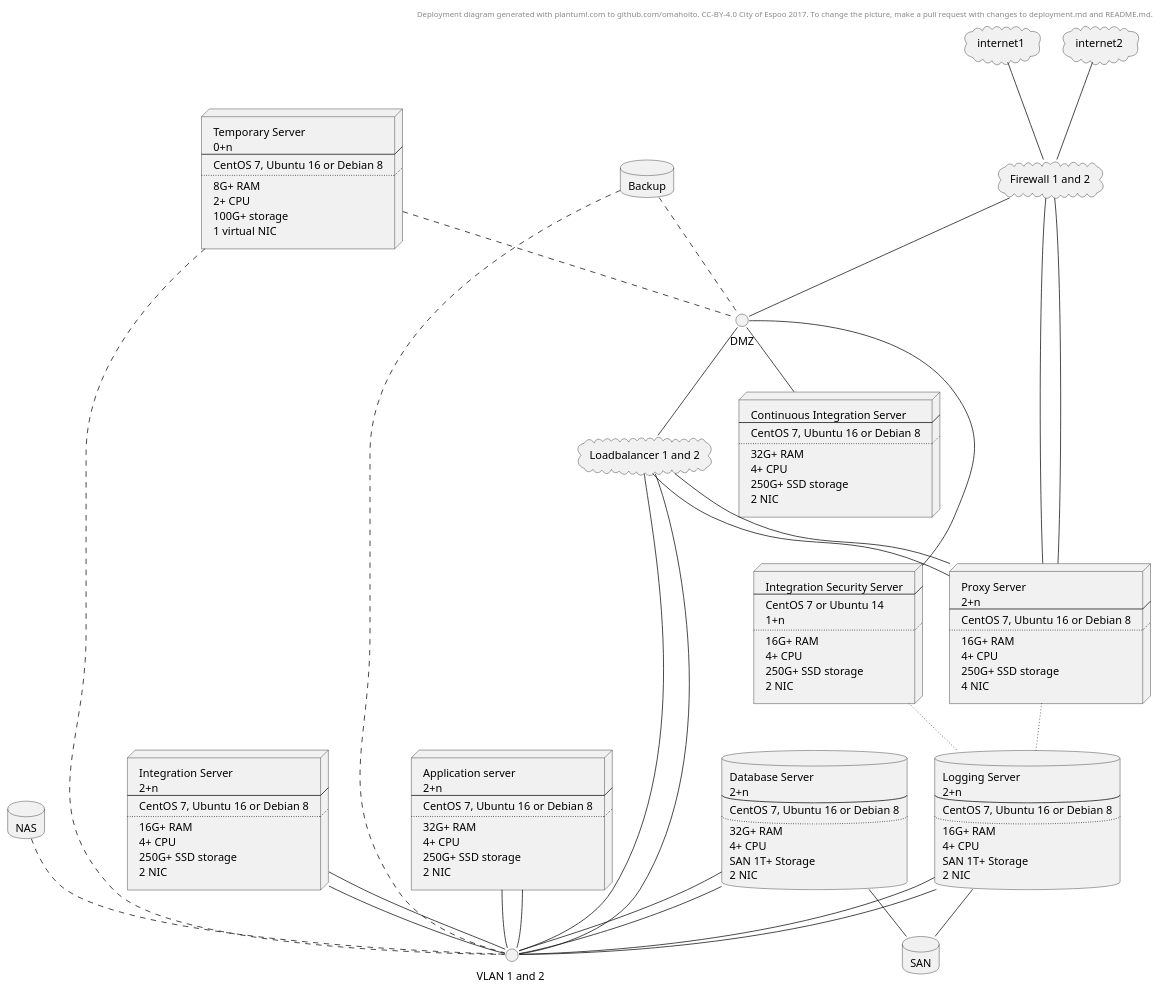
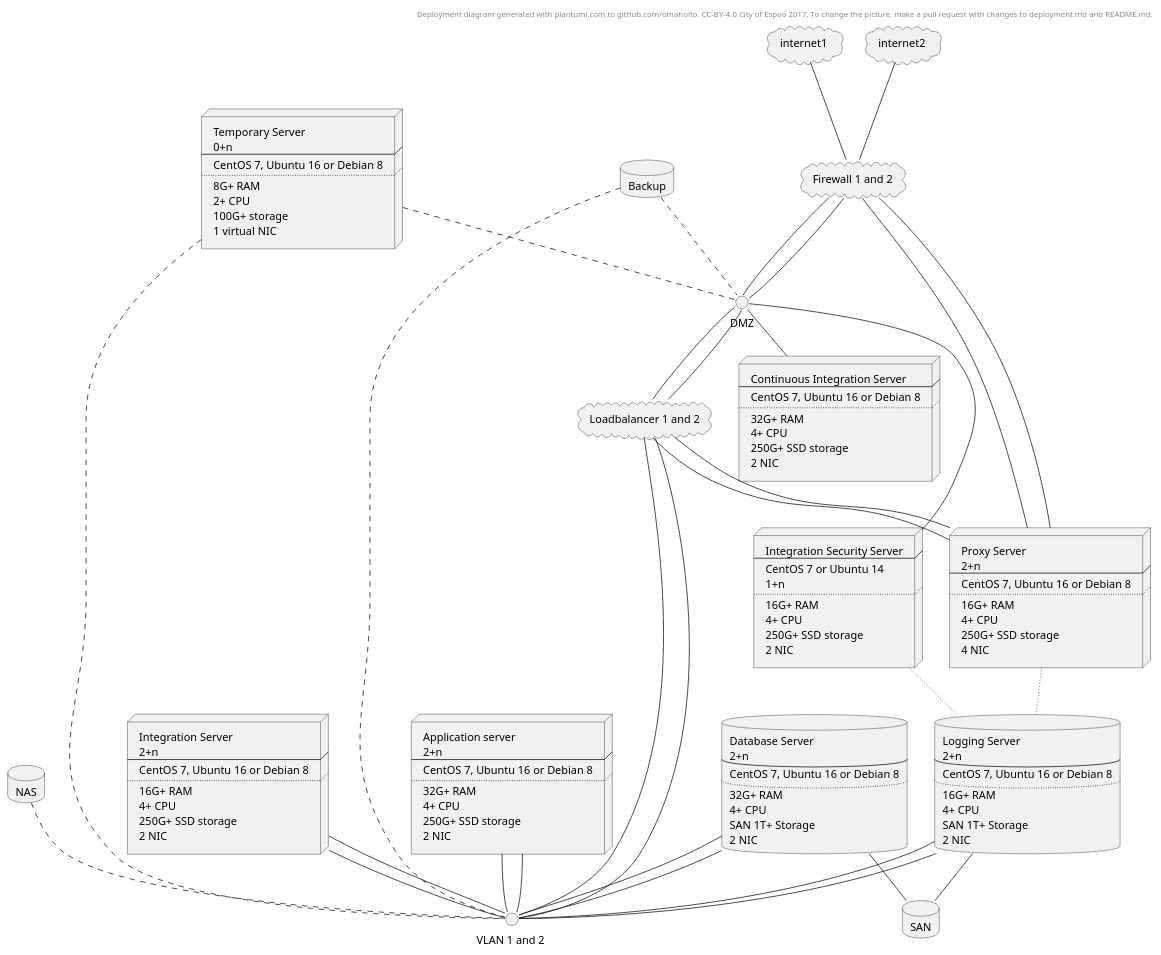
Before and after one commit to ruoat/definitions: the diagram in deployment.md, drawn with PlantUML.

```diff
--- a/deployment.md
+++ b/deployment.md
@@ -109,7 +109,11 @@
 internet1 -- firewall
 internet2 -- firewall
 firewall -- DMZ 
+firewall -- DMZ 
+
 DMZ -- loadbalancer1 
+DMZ -- loadbalancer1 
+
 
 DMZ -- nodeci
 firewall -- nodeproxy
```
